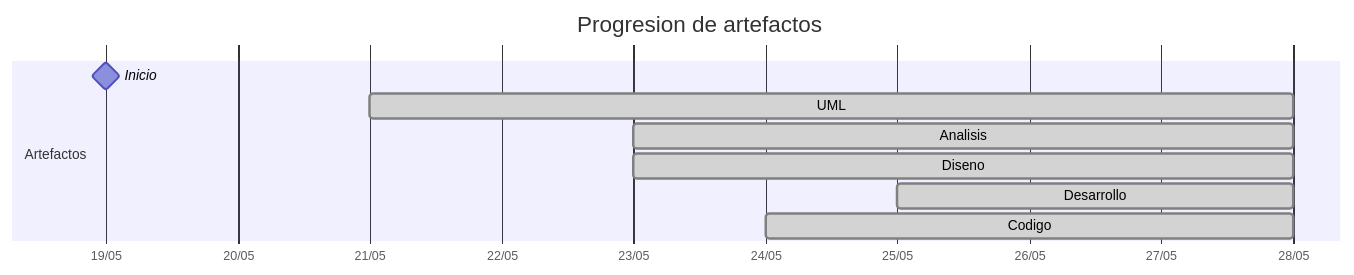
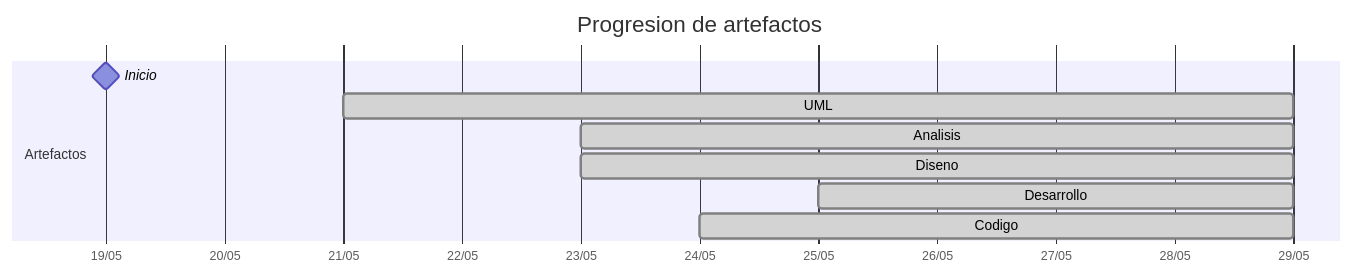
One commit to carlos-alvarado-25/25-26-idsw2-sdVC changed the diagram in TIMELINES/Camila-Lesly.md. Above: the diagram before and after it, drawn with Mermaid. The commit also changed other lines of this file and 25 other files, not shown here.

````diff
--- a/TIMELINES/Camila-Lesly.md
+++ b/TIMELINES/Camila-Lesly.md
@@ -16,13 +20,13 @@
 ```mermaid
 gantt
     title Progresion de artefactos
     dateFormat YYYY-MM-DD
     axisFormat %d/%m
     section Artefactos
         Inicio       :milestone, 2026-05-19, 0d
-        UML          :done, 2026-05-21, 2026-05-28
-        Analisis     :done, 2026-05-23, 2026-05-28
-        Diseno       :done, 2026-05-23, 2026-05-28
-        Desarrollo   :done, 2026-05-25, 2026-05-28
-        Codigo       :done, 2026-05-24, 2026-05-28
+        UML          :done, 2026-05-21, 2026-05-29
+        Analisis     :done, 2026-05-23, 2026-05-29
+        Diseno       :done, 2026-05-23, 2026-05-29
+        Desarrollo   :done, 2026-05-25, 2026-05-29
+        Codigo       :done, 2026-05-24, 2026-05-29
 ```
````
